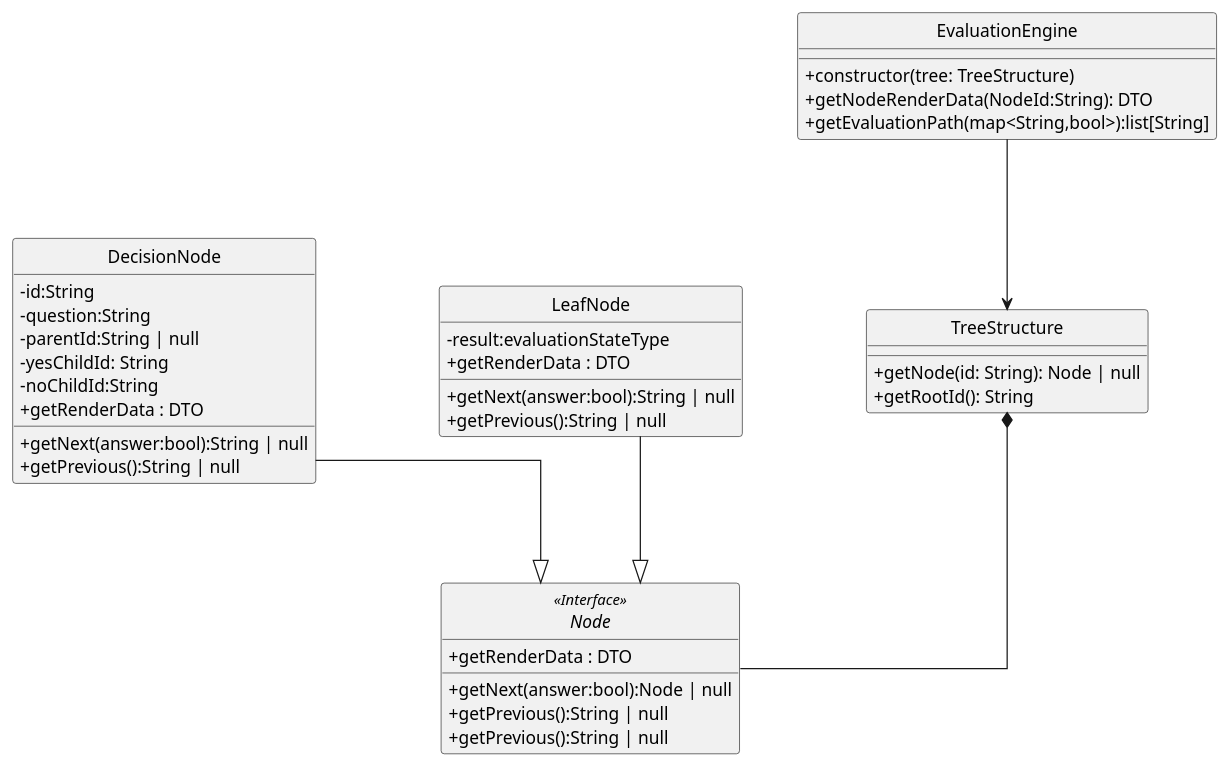
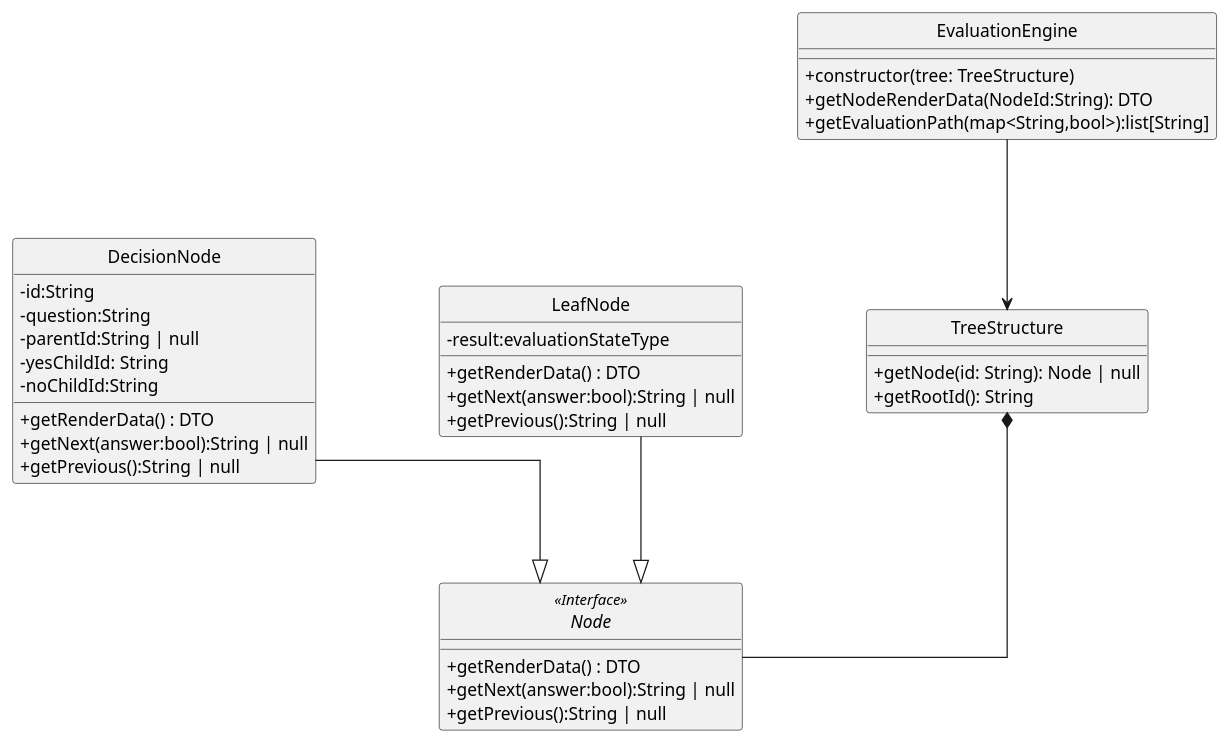
Before and after one commit to GroupRubberDuck/Documentazione: the diagram in src/PB/DocumentazioneEsterna/Specifica_Tecnica/content/uml/puml/frontend/domain.puml, drawn with PlantUML. The commit also changed 6 other files, not shown here.

```diff
--- a/src/PB/DocumentazioneEsterna/Specifica_Tecnica/content/uml/puml/frontend/domain.puml
+++ b/src/PB/DocumentazioneEsterna/Specifica_Tecnica/content/uml/puml/frontend/domain.puml
@@ -1,66 +1,65 @@
 @startuml
 
 skinparam linetype ortho
 skinparam nodesep 100
 skinparam ranksep 80
 skinparam classAttributeIconSize 0
 skinparam packageStyle rectangle
 skinparam style strictuml
 
 
 
 ' store delle informazioni necessarie a generare i widget, utilizzabile da tutti i widget vue presenti nella pagina
 ' Permette ai widget di avere una sorta di comunicazione, un widget modifica un'informazione nello store,
 '  il cambiamento viene letto dagli altri widget che stanno ascoltando lo store
 Interface Node <<Interface>> {
-        + getNext(answer:bool):Node | null
-        + getPrevious():String | null
-        + getRenderData : DTO
+        + getRenderData() : DTO
+        + getNext(answer:bool):String | null
         + getPrevious():String | null
 
 }
 
 class DecisionNode {
         - id:String
         - question:String
         ' necessario a supportare la navigazione verso il nodo precedente
         - parentId:String | null
         - yesChildId: String
         - noChildId:String
+        + getRenderData() : DTO
         + getNext(answer:bool):String | null
-        + getRenderData : DTO
         + getPrevious():String | null
 }
 
 
 class LeafNode {
         - result:evaluationStateType
+        + getRenderData() : DTO
         + getNext(answer:bool):String | null
-        + getRenderData : DTO
         + getPrevious():String | null
 }
 
 class TreeStructure{
         ' in questo caso viene usata una rappresentazione piatta per semplificare il lookup
         ' - nodes: Map<String, Node>
         + getNode(id: String): Node | null
         + getRootId(): String
 }
 
 
 class EvaluationEngine{
         ' - tree: TreeStructure
         + constructor(tree: TreeStructure)
         + getNodeRenderData(NodeId:String): DTO
         + getEvaluationPath(map<String,bool>):list[String]
 }
 
 EvaluationEngine --> TreeStructure
 
 
 DecisionNode --|> Node
 LeafNode --|> Node
 
 TreeStructure *-- Node
 
 @enduml
```
